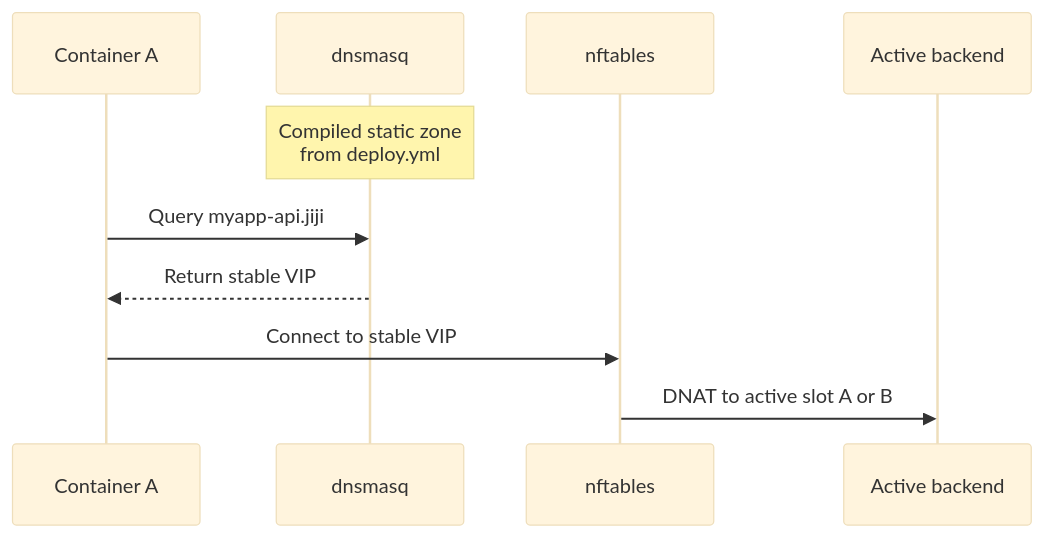
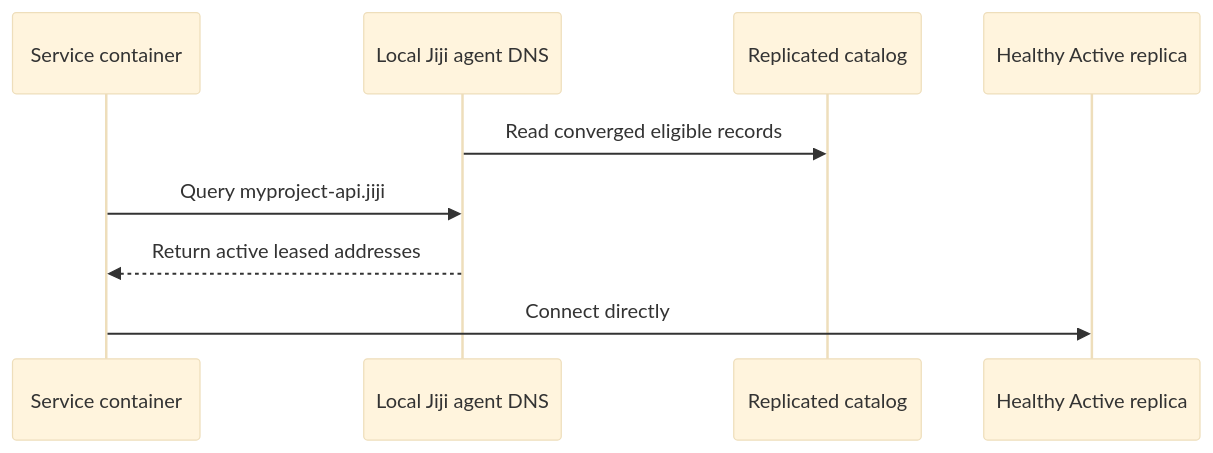
Before and after one commit to acidtib/jiji-website: the third of 3 diagrams in app/docs/getting-started/architecture/page.mdx, drawn with Mermaid (base theme). The commit also changed other lines of this file and 15 other files, not shown here.

First line of the commit message:
Refactor architecture to distributed agent-based model

````diff
--- a/app/docs/getting-started/architecture/page.mdx
+++ b/app/docs/getting-started/architecture/page.mdx
@@ -191,15 +124,14 @@
 ```mermaid
 sequenceDiagram
-  accTitle: Service discovery request flow
-  accDescr: A container queries dnsmasq for a jiji name, receives a stable virtual address, and connects through nftables to the active backend slot.
-  participant app as Container A
-  participant dns as dnsmasq
-  participant nat as nftables
-  participant backend as Active backend
+  accTitle: Distributed service discovery
+  accDescr: A container queries its local project agent. The agent returns only healthy Active catalog addresses, and the container connects directly over the routed project network.
+  participant app as Service container
+  participant dns as Local Jiji agent DNS
+  participant catalog as Replicated catalog
+  participant backend as Healthy Active replica
 
-  Note over dns: Compiled static zone<br/>from deploy.yml
-  app->>dns: Query myapp-api.jiji
-  dns-->>app: Return stable VIP
-  app->>nat: Connect to stable VIP
-  nat->>backend: DNAT to active slot A or B
+  dns->>catalog: Read converged eligible records
+  app->>dns: Query myproject-api.jiji
+  dns-->>app: Return active leased addresses
+  app->>backend: Connect directly
 ```
````
